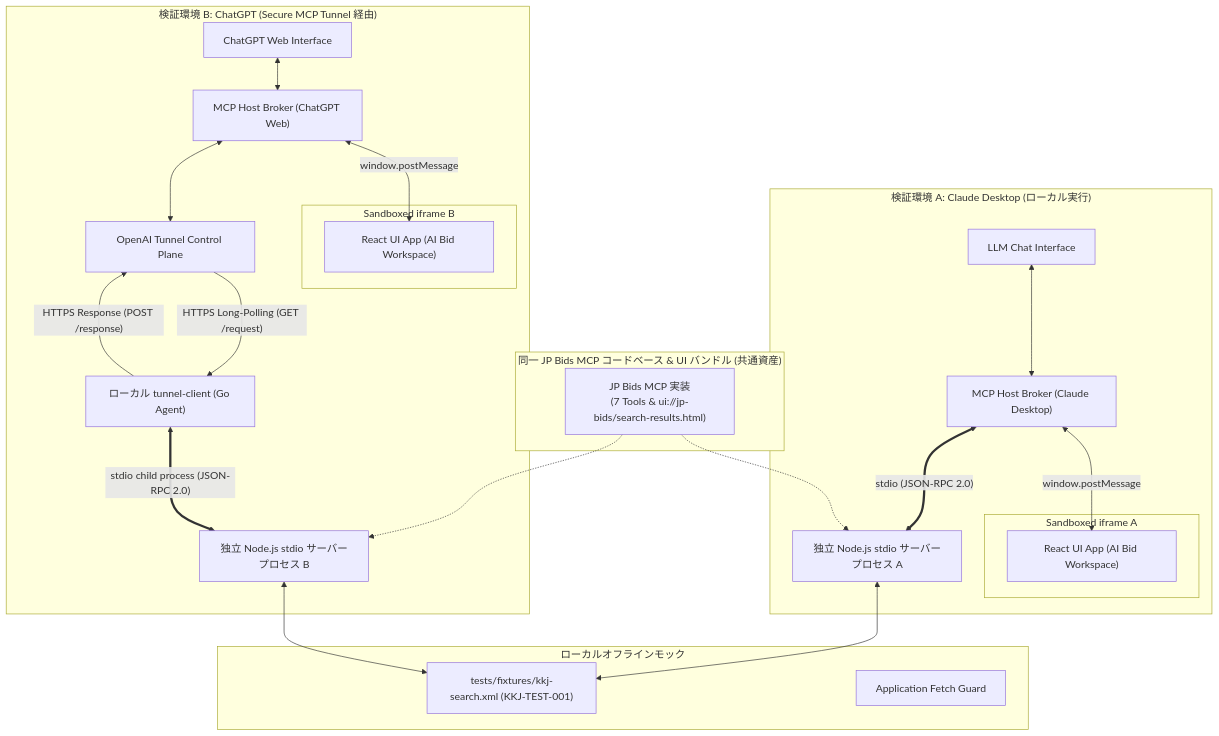
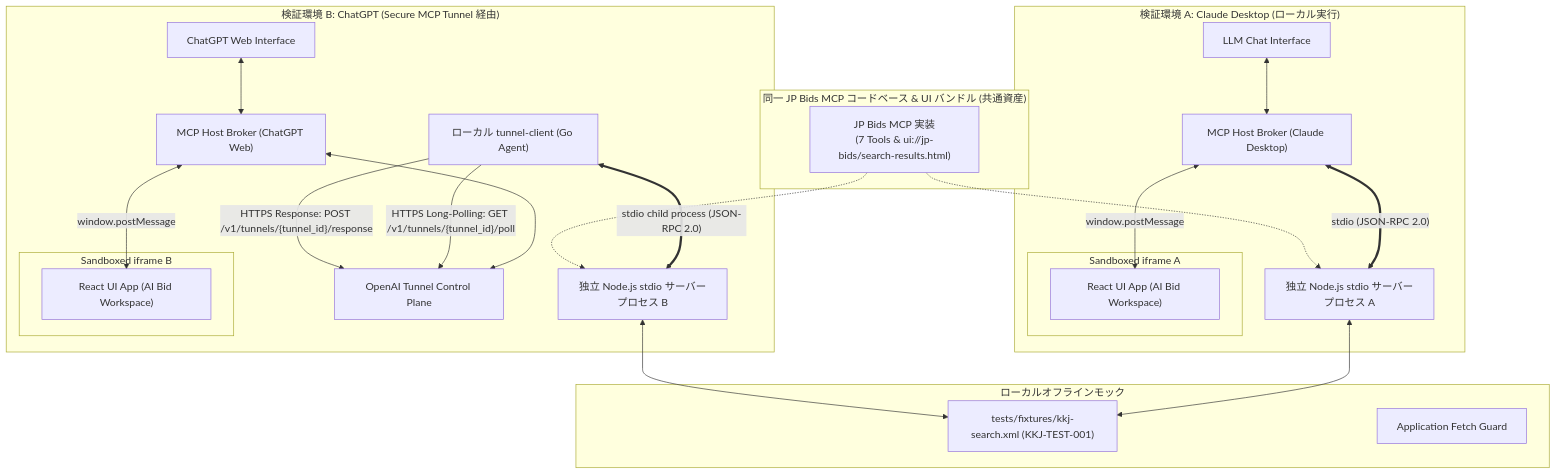
The diagram in docs/showcase/README.md (SUGUKURU-CO-LTD/jp-bids-mcp), drawn with Mermaid before and after one commit. The commit also changed other lines of this file and 2 other files, not shown here.

Commit message:
docs: align tunnel protocol endpoints, refine 409 audit notes, and sync TypeDoc

````diff
--- a/docs/showcase/README.md
+++ b/docs/showcase/README.md
@@ -208,47 +208,47 @@
 ```mermaid
 flowchart TB
   subgraph Shared["同一 JP Bids MCP コードベース & UI バンドル (共通資産)"]
     Codebase["JP Bids MCP 実装\n(7 Tools & ui://jp-bids/search-results.html)"]
   end
 
   subgraph ClientA["検証環境 A: Claude Desktop (ローカル実行)"]
     ChatA["LLM Chat Interface"]
     HostA["MCP Host Broker (Claude Desktop)"]
     subgraph UIContainerA["Sandboxed iframe A"]
       ReactAppA["React UI App (AI Bid Workspace)"]
     end
     ServerA["独立 Node.js stdio サーバープロセス A"]
 
     ChatA <--> HostA
     HostA <--"window.postMessage"--> ReactAppA
     HostA <=="stdio (JSON-RPC 2.0)"==> ServerA
   end
 
   subgraph ClientB["検証環境 B: ChatGPT (Secure MCP Tunnel 経由)"]
     ChatB["ChatGPT Web Interface"]
     HostB["MCP Host Broker (ChatGPT Web)"]
     subgraph UIContainerB["Sandboxed iframe B"]
       ReactAppB["React UI App (AI Bid Workspace)"]
     end
     TunnelCloud["OpenAI Tunnel Control Plane"]
     TunnelClient["ローカル tunnel-client (Go Agent)"]
     ServerB["独立 Node.js stdio サーバープロセス B"]
 
     ChatB <--> HostB
     HostB <--"window.postMessage"--> ReactAppB
     HostB <--> TunnelCloud
-    TunnelCloud -- "HTTPS Long-Polling (GET /request)" --> TunnelClient
-    TunnelClient -- "HTTPS Response (POST /response)" --> TunnelCloud
+    TunnelClient -- "HTTPS Long-Polling: GET /v1/tunnels/{tunnel_id}/poll" --> TunnelCloud
+    TunnelClient -- "HTTPS Response: POST /v1/tunnels/{tunnel_id}/response" --> TunnelCloud
     TunnelClient <=="stdio child process (JSON-RPC 2.0)"==> ServerB
   end
 
   subgraph DataLayer["ローカルオフラインモック"]
     Fixture["tests/fixtures/kkj-search.xml (KKJ-TEST-001)"]
     FetchGuard["Application Fetch Guard"]
   end
 
   Codebase -.-> ServerA
   Codebase -.-> ServerB
   ServerA <--> Fixture
   ServerB <--> Fixture
 ```
````
